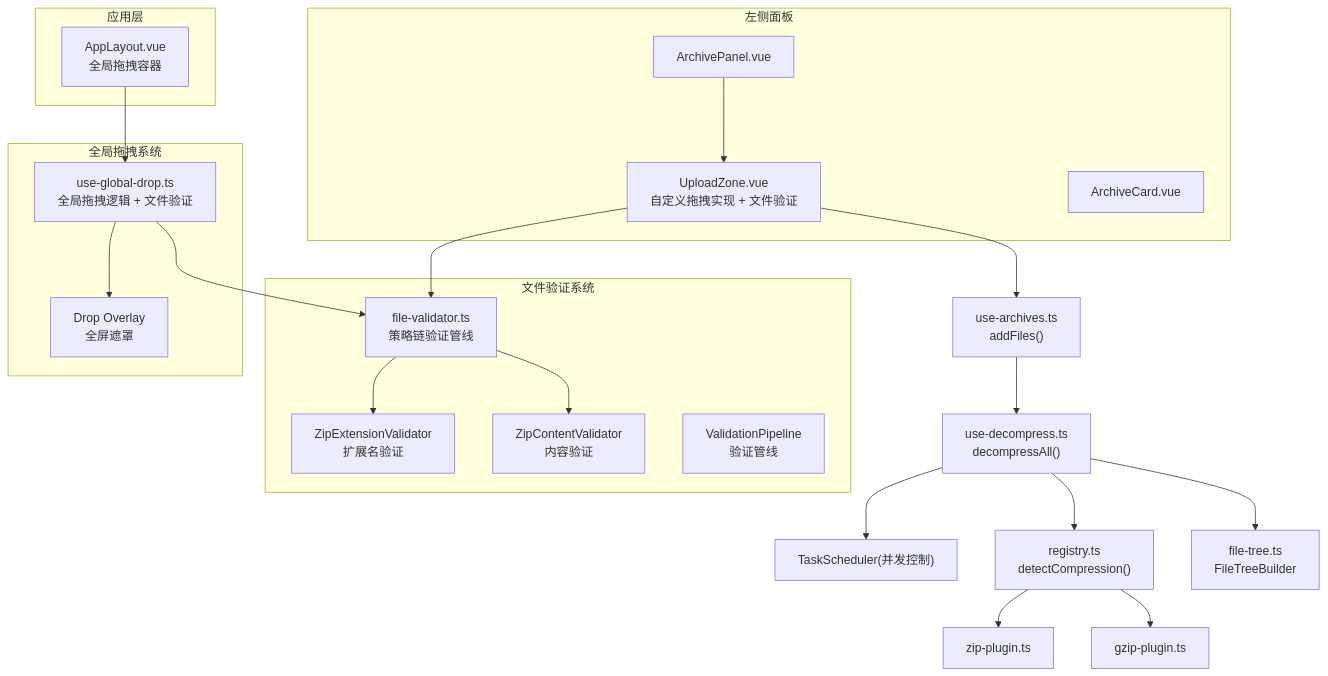
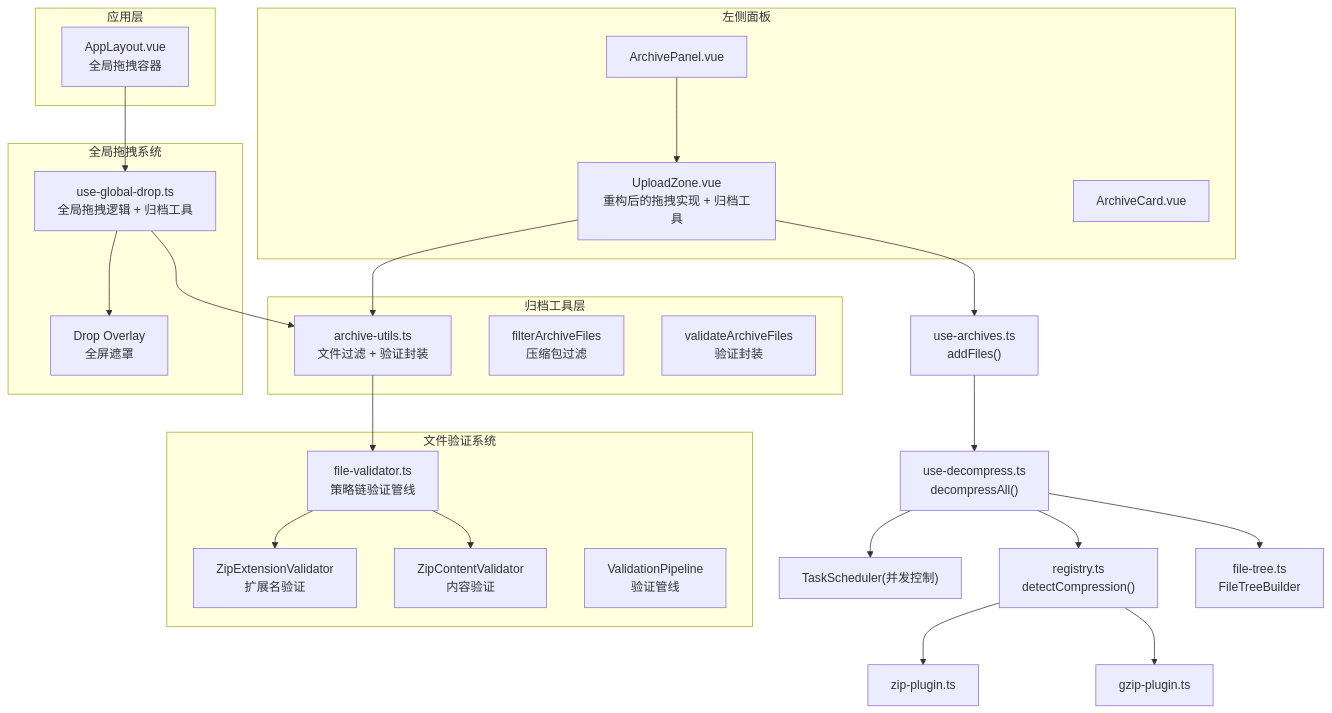
The first of 4 diagrams in .qoder/repowiki/zh/content/架构设计/组件层次结构/档案面板组件/UploadZone 上传区域组件.md (taoweidong/Hello-Tauri), drawn with Mermaid before and after one commit. The commit also changed other lines of this file and 119 other files, not shown here.

````diff
--- a/.qoder/repowiki/zh/content/架构设计/组件层次结构/档案面板组件/UploadZone 上传区域组件.md
+++ b/.qoder/repowiki/zh/content/架构设计/组件层次结构/档案面板组件/UploadZone 上传区域组件.md
@@ -47,35 +49,41 @@
 ```mermaid
 graph TB
 subgraph "应用层"
 AL["AppLayout.vue<br/>全局拖拽容器"]
 end
 subgraph "左侧面板"
-UZ["UploadZone.vue<br/>自定义拖拽实现 + 文件验证"]
+UZ["UploadZone.vue<br/>重构后的拖拽实现 + 归档工具"]
 AC["ArchiveCard.vue"]
 AP["ArchivePanel.vue"]
 end
 subgraph "全局拖拽系统"
-UGD["use-global-drop.ts<br/>全局拖拽逻辑 + 文件验证"]
+UGD["use-global-drop.ts<br/>全局拖拽逻辑 + 归档工具"]
 DO["Drop Overlay<br/>全屏遮罩"]
+end
+subgraph "归档工具层"
+AU["archive-utils.ts<br/>文件过滤 + 验证封装"]
+FAF["filterArchiveFiles<br/>压缩包过滤"]
+VAF["validateArchiveFiles<br/>验证封装"]
 end
 subgraph "文件验证系统"
 FV["file-validator.ts<br/>策略链验证管线"]
 ZEV["ZipExtensionValidator<br/>扩展名验证"]
 ZCV["ZipContentValidator<br/>内容验证"]
 VP["ValidationPipeline<br/>验证管线"]
 end
 AL --> UGD
 UGD --> DO
 AP --> UZ
-UZ --> FV
-UGD --> FV
+UZ --> AU
+UGD --> AU
+AU --> FV
 FV --> ZEV
 FV --> ZCV
 UZ --> UM["use-archives.ts<br/>addFiles()"]
 UM --> UD["use-decompress.ts<br/>decompressAll()"]
 UD --> TS["TaskScheduler(并发控制)"]
 UD --> REG["registry.ts<br/>detectCompression()"]
 REG --> ZIP["zip-plugin.ts"]
 REG --> GZ["gzip-plugin.ts"]
 UD --> FTB["file-tree.ts<br/>FileTreeBuilder"]
 ```
````
